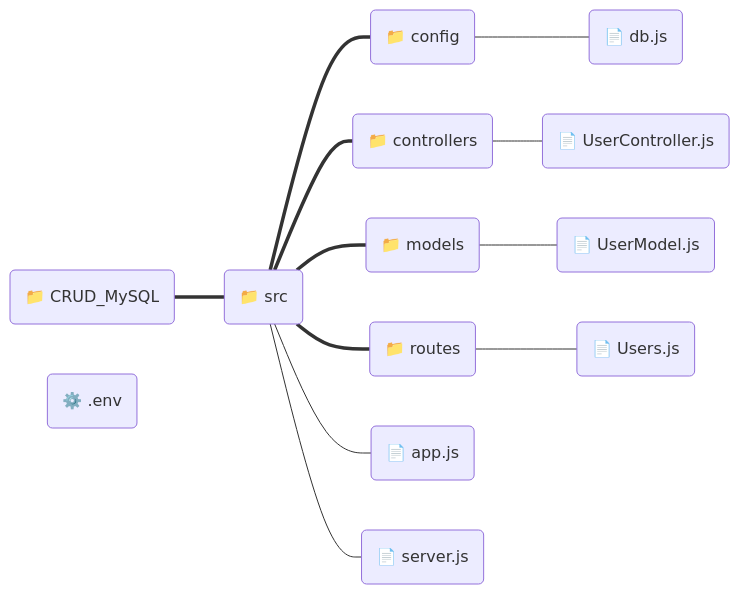
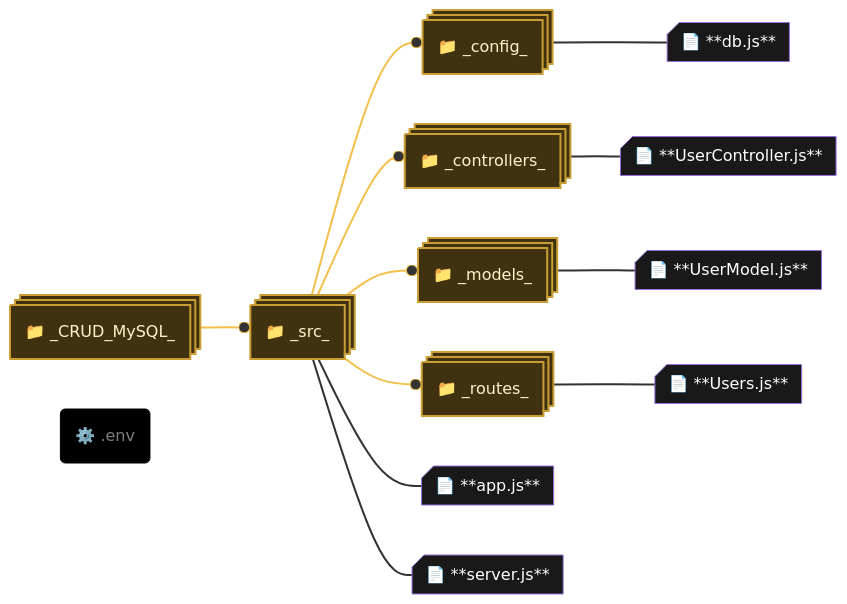
One commit to henrygoncalvess/CRUD_MySQL changed the diagram in README.md. Above: the diagram before and after it, drawn with Mermaid.

Commit message:
estrutura de pastas com mermaid OK

````diff
--- a/README.md
+++ b/README.md
@@ -29,29 +29,48 @@
 ``` mermaid
 flowchart LR
-    root("📁 CRUD_MySQL")
-    root === src("📁 src")
-    src === config("📁 config")
-    config --- db.js("📄 db.js")
-    src === controllers("📁 controllers")
-    controllers --- UserController.js("📄 UserController.js")
-    src === models("📁 models")
-    models --- UserModel.js("📄 UserModel.js")
-    src === routes("📁 routes")
-    routes --- Users.js("📄 Users.js")
-    src --- app.js("📄 app.js")
-    src --- server.js("📄 server.js")
-    .env("⚙️ .env")
+    crud("📁 _CRUD_MySQL_")@{ shape: processes }
+    crud --o src("📁 _src_")@{ shape: processes }
+    src --o config("📁 _config_")@{ shape: processes }
+    config --- db.js("📄 **db.js**")@{ shape: card }
+    src --o controllers("📁 _controllers_")@{ shape: processes }
+    controllers --- UserController.js("📄 **UserController.js**")@{ shape: card }
+    src --o models("📁 _models_")@{ shape: processes }
+    models --- UserModel.js("📄 **UserModel.js**")@{ shape: card }
+    src --o routes("📁 _routes_")@{ shape: processes }
+    routes --- Users.js("📄 **Users.js**")@{ shape: card }
+    src --- app.js("📄 **app.js**")@{ shape: card }
+    src --- server.js("📄 **server.js**")@{ shape: card }
+    env("⚙️ .env")
+
+    %%CLASSES
+    classDef default fill:#191919,color:white;
+    
+    classDef pasta fill:#403211,stroke:#c99e34,stroke-width:2px,color:#fff1cc;
+    classDef envStyle fill:#000000,stroke:#000000,color:gray;
+
+    %%aplicação de classes
+    class crud,src,config,controllers,models,routes pasta
+    class env envStyle
+
+
+
+    %%LINKS
+    
+    %%pastas
+    linkStyle 0,1,3,5,7 stroke:#f2c04b
+
+    %%arquivos
+    linkStyle default stroke-width:2px;
 
     click src "https://github.com/henrygoncalvess/CRUD_MySQL/tree/main/src"
     click config "https://github.com/henrygoncalvess/CRUD_MySQL/tree/main/src/config"
     click db.js "https://github.com/henrygoncalvess/CRUD_MySQL/tree/main/src/config/db.js"
     click controllers "https://github.com/henrygoncalvess/CRUD_MySQL/tree/main/src/controllers"
     click UserController.js "https://github.com/henrygoncalvess/CRUD_MySQL/tree/main/src/controllers/UserController.js"
     click models "https://github.com/henrygoncalvess/CRUD_MySQL/tree/main/src/models"
     click UserModel.js "https://github.com/henrygoncalvess/CRUD_MySQL/tree/main/src/models/UserModel.js"
     click routes "https://github.com/henrygoncalvess/CRUD_MySQL/tree/main/src/routes"
     click Users.js "https://github.com/henrygoncalvess/CRUD_MySQL/tree/main/src/routes/Users.js"
     click app.js "https://github.com/henrygoncalvess/CRUD_MySQL/tree/main/src/app.js"
     click server.js "https://github.com/henrygoncalvess/CRUD_MySQL/tree/main/src/server.js"
-
 ```
````
